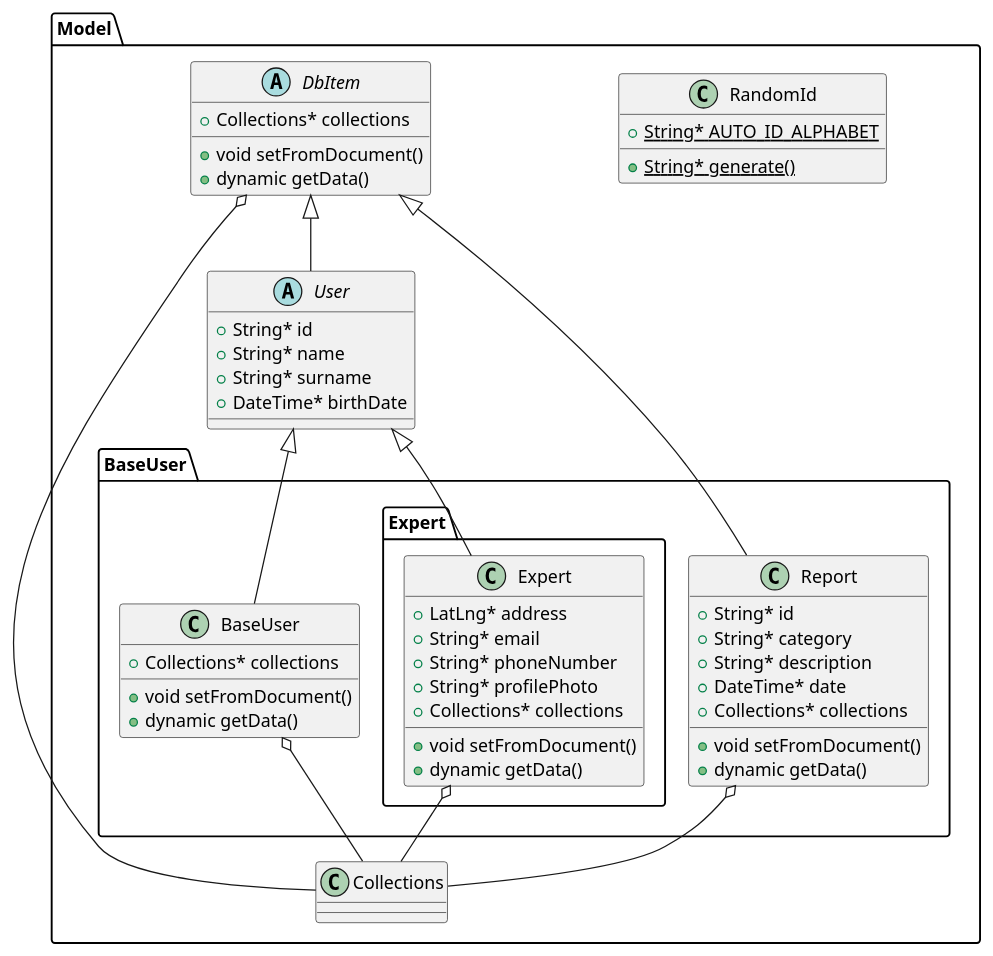
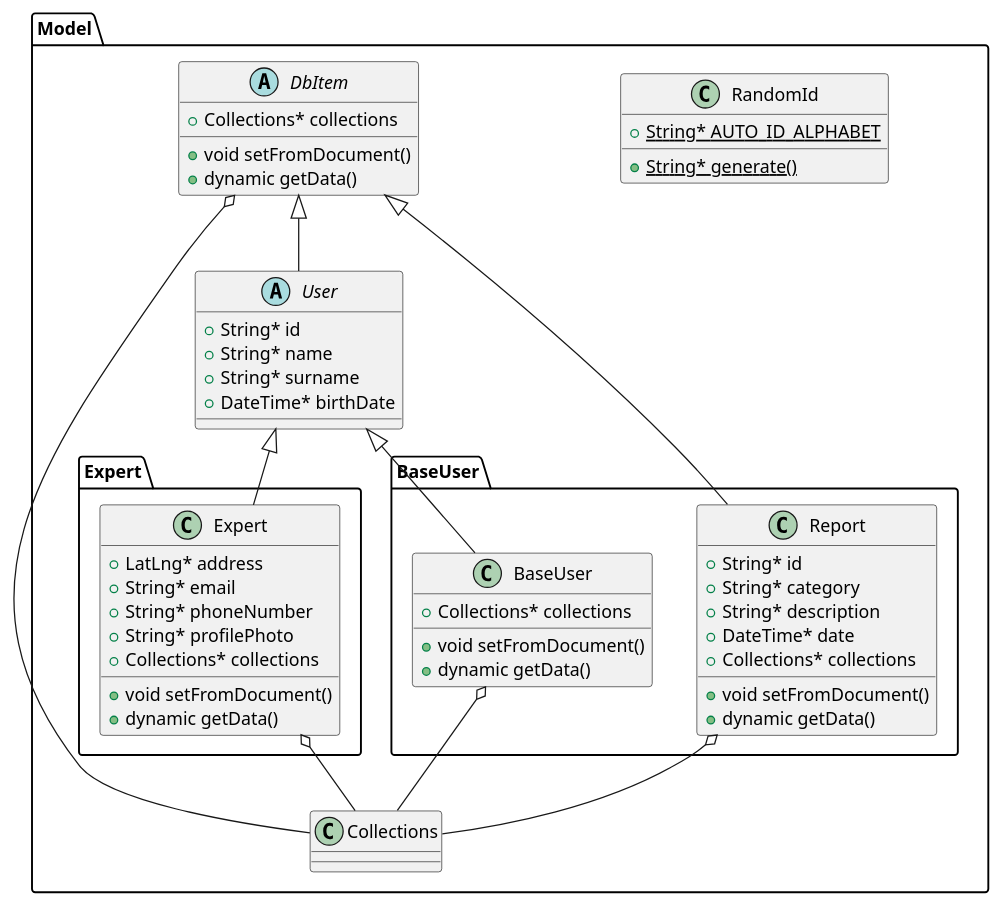
One commit to simoneghiazzi/DIMA changed the diagram in docs/uml_model1.puml. Above: the diagram before and after it, drawn with PlantUML. The commit also changed 3 other files, not shown here.

Commit message:
uml diagrams

```diff
--- a/docs/uml_model1.puml
+++ b/docs/uml_model1.puml
@@ -1,58 +1,59 @@
 @startuml ModelUML
 package Model {
     class "RandomId" {
         {static} +String* AUTO_ID_ALPHABET
         {static} +String* generate()
     }
 
     abstract class "DbItem" {
         +Collections* collections
         +void setFromDocument()
         +dynamic getData()
     }
     "DbItem" o-- "Collections"
 
     abstract class "User" {
         +String* id
         +String* name
         +String* surname
         +DateTime* birthDate
     }
     "DbItem" <|-- "User"
 
+    package Expert {
+        class "Expert" {
+            +LatLng* address
+            +String* email
+            +String* phoneNumber
+            +String* profilePhoto
+            +Collections* collections
+            +void setFromDocument()
+            +dynamic getData()
+        }
+        "User" <|-- "Expert"
+        "Expert" o-- "Collections"
+    }
+
     package BaseUser {
         class "Report" {
             +String* id
             +String* category
             +String* description
             +DateTime* date
             +Collections* collections
             +void setFromDocument()
             +dynamic getData()
         }
         "DbItem" <|-- "Report"
         "Report" o-- "Collections"
 
         class "BaseUser" {
             +Collections* collections
             +void setFromDocument()
             +dynamic getData()
         }
         "User" <|-- "BaseUser"
         "BaseUser" o-- "Collections"
-
-        package Expert {
-            class "Expert" {
-                +LatLng* address
-                +String* email
-                +String* phoneNumber
-                +String* profilePhoto
-                +Collections* collections
-                +void setFromDocument()
-                +dynamic getData()
-            }
-            "User" <|-- "Expert"
-            "Expert" o-- "Collections"
-        }
     }
-    @enduml
+}
+@enduml
```
